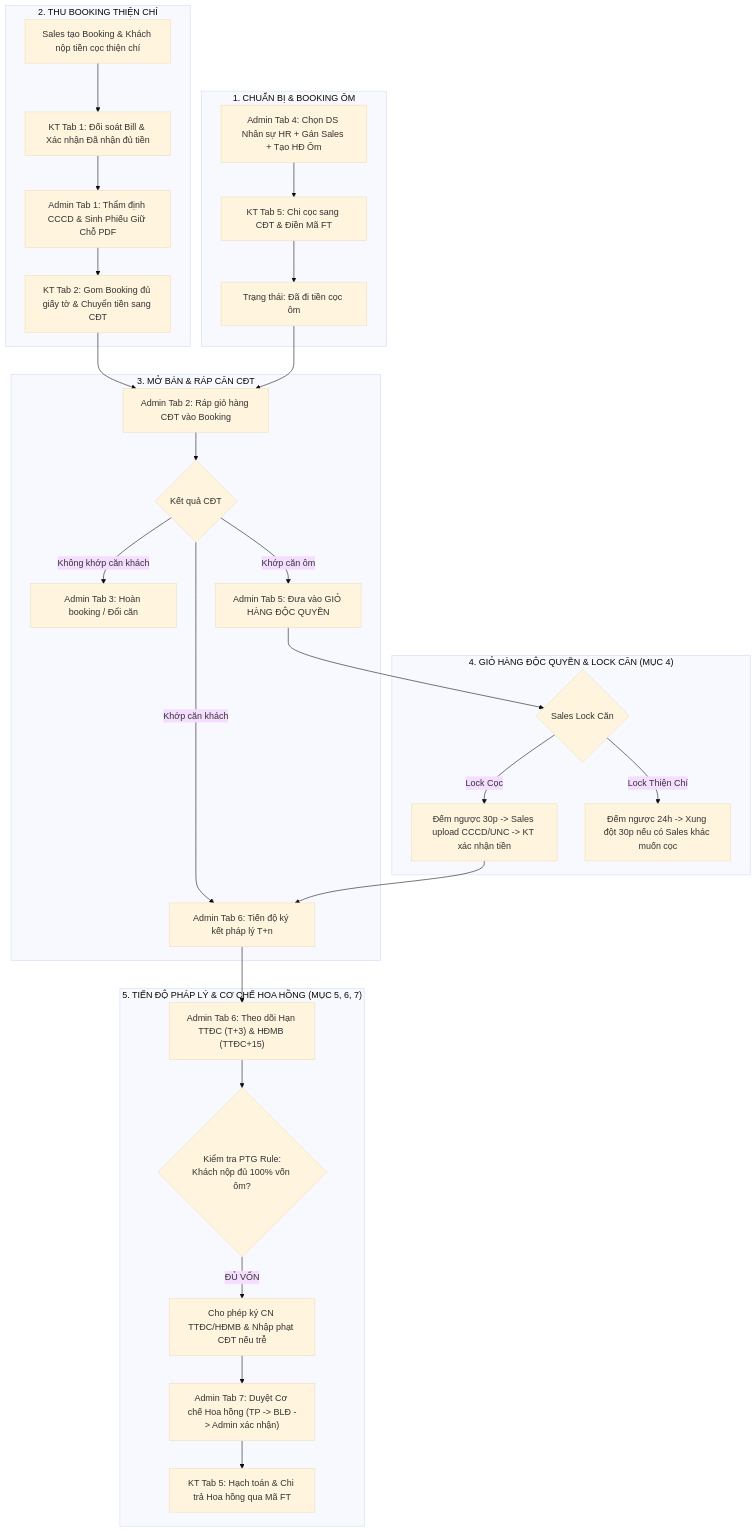
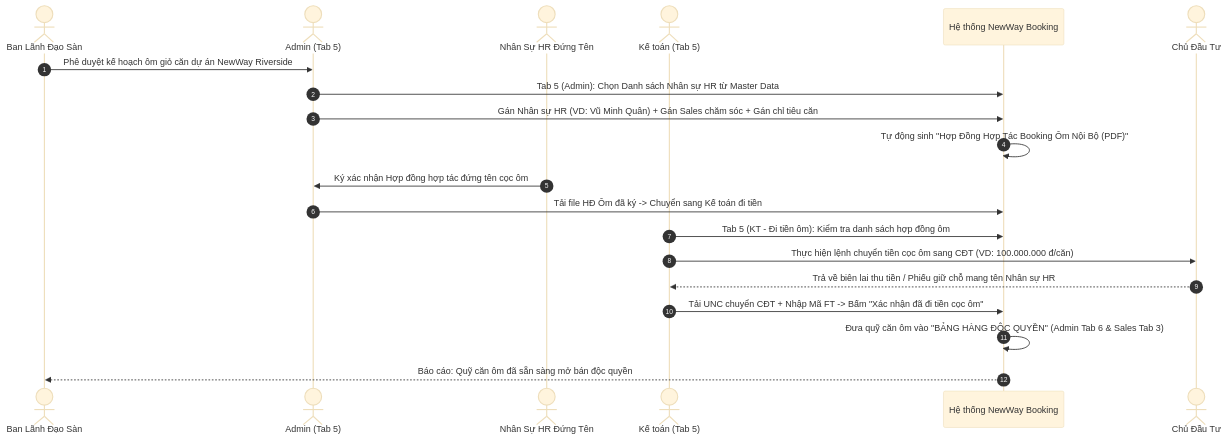
Before and after one commit to hdz1210/NW-BA-booking-document: the eighth of 10 diagrams in TAI_LIEU_PHAN_TICH_NGHIEP_VU_HE_THONG_BOOKING.md, drawn with Mermaid (base theme). The commit also changed other lines of this file, not shown here.

Commit message:
docs: add 10 detailed sequence diagrams for all core business workflows

````diff
--- a/TAI_LIEU_PHAN_TICH_NGHIEP_VU_HE_THONG_BOOKING.md
+++ b/TAI_LIEU_PHAN_TICH_NGHIEP_VU_HE_THONG_BOOKING.md
@@ -35,42 +283,25 @@
 ```mermaid
-flowchart TD
-    %% 1. Chuẩn bị
-    subgraph P1["1. CHUẨN BỊ & BOOKING ÔM"]
-        A1["Admin Tab 4: Chọn DS Nhân sự HR + Gán Sales + Tạo HĐ Ôm"] --> A2["KT Tab 5: Chi cọc sang CĐT & Điền Mã FT"]
-        A2 --> A3["Trạng thái: Đã đi tiền cọc ôm"]
-    end
+sequenceDiagram
+    autonumber
+    actor BLD as Ban Lãnh Đạo Sàn
+    actor Admin as Admin (Tab 5)
+    actor HR as Nhân Sự HR Đứng Tên
+    actor KT as Kế toán (Tab 5)
+    participant App as Hệ thống NewWay Booking
+    actor CDT as Chủ Đầu Tư
 
-    %% 2. Trong khi booking
-    subgraph P2["2. THU BOOKING THIỆN CHÍ"]
-        B1["Sales tạo Booking & Khách nộp tiền cọc thiện chí"] --> B2["KT Tab 1: Đối soát Bill & Xác nhận Đã nhận đủ tiền"]
-        B2 --> B3["Admin Tab 1: Thẩm định CCCD & Sinh Phiếu Giữ Chỗ PDF"]
-        B3 --> B4["KT Tab 2: Gom Booking đủ giấy tờ & Chuyển tiền sang CĐT"]
-    end
+    BLD->>Admin: Phê duyệt kế hoạch ôm giỏ căn dự án NewWay Riverside
+    Admin->>App: Tab 5 (Admin): Chọn Danh sách Nhân sự HR từ Master Data
+    Admin->>App: Gán Nhân sự HR (VD: Vũ Minh Quân) + Gán Sales chăm sóc + Gán chỉ tiêu căn
+    App->>App: Tự động sinh "Hợp Đồng Hợp Tác Booking Ôm Nội Bộ (PDF)"
+    HR->>Admin: Ký xác nhận Hợp đồng hợp tác đứng tên cọc ôm
+    Admin->>App: Tải file HĐ Ôm đã ký -> Chuyển sang Kế toán đi tiền
 
-    %% 3. Mở bán & Ráp căn
-    subgraph P3["3. MỞ BÁN & RÁP CĂN CĐT"]
-        B4 --> C1["Admin Tab 2: Ráp giỏ hàng CĐT vào Booking"]
-        A3 --> C1
-        C1 --> C2{"Kết quả CĐT"}
-        C2 -- "Khớp căn khách" --> D1["Admin Tab 6: Tiến độ ký kết pháp lý T+n"]
-        C2 -- "Không khớp căn khách" --> E1["Admin Tab 3: Hoàn booking / Đổi căn"]
-        C2 -- "Khớp căn ôm" --> F1["Admin Tab 5: Đưa vào GIỎ HÀNG ĐỘC QUYỀN"]
-    end
-
-    %% 4. Giỏ hàng độc quyền
-    subgraph P4["4. GIỎ HÀNG ĐỘC QUYỀN & LOCK CĂN (MỤC 4)"]
-        F1 --> G1{"Sales Lock Căn"}
-        G1 -- "Lock Cọc" --> G2["Đếm ngược 30p -> Sales upload CCCD/UNC -> KT xác nhận tiền"]
-        G1 -- "Lock Thiện Chí" --> G3["Đếm ngược 24h -> Xung đột 30p nếu có Sales khác muốn cọc"]
-        G2 --> D1
-    end
-
-    %% 5. Tiến độ pháp lý & Hoa hồng
-    subgraph P5["5. TIẾN ĐỘ PHÁP LÝ & CƠ CHẾ HOA HỒNG (MỤC 5, 6, 7)"]
-        D1 --> H1["Admin Tab 6: Theo dõi Hạn TTĐC (T+3) & HĐMB (TTĐC+15)"]
-        H1 --> H2{"Kiểm tra PTG Rule:\nKhách nộp đủ 100% vốn ôm?"}
-        H2 -- "ĐỦ VỐN" --> H3["Cho phép ký CN TTĐC/HĐMB & Nhập phạt CĐT nếu trễ"]
-        H3 --> I1["Admin Tab 7: Duyệt Cơ chế Hoa hồng (TP -> BLĐ -> Admin xác nhận)"]
-        I1 --> I2["KT Tab 5: Hạch toán & Chi trả Hoa hồng qua Mã FT"]
-    end
+    KT->>App: Tab 5 (KT - Đi tiền ôm): Kiểm tra danh sách hợp đồng ôm
+    KT->>CDT: Thực hiện lệnh chuyển tiền cọc ôm sang CĐT (VD: 100.000.000 đ/căn)
+    CDT-->>KT: Trả về biên lai thu tiền / Phiếu giữ chỗ mang tên Nhân sự HR
+    KT->>App: Tải UNC chuyển CĐT + Nhập Mã FT -> Bấm "Xác nhận đã đi tiền cọc ôm"
+    
+    App->>App: Đưa quỹ căn ôm vào "BẢNG HÀNG ĐỘC QUYỀN" (Admin Tab 6 & Sales Tab 3)
+    App-->>BLD: Báo cáo: Quỹ căn ôm đã sẵn sàng mở bán độc quyền
 ```
````
